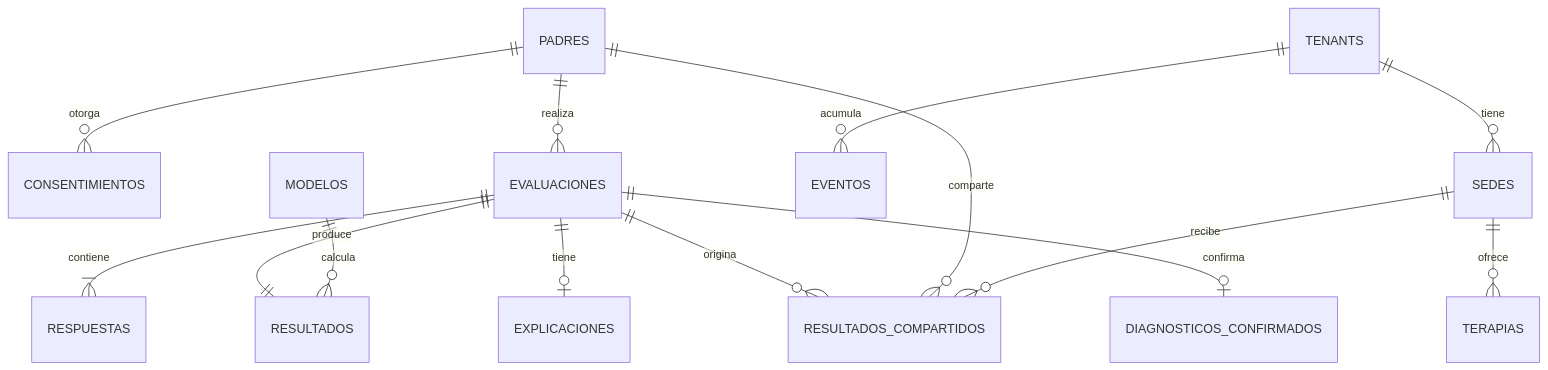
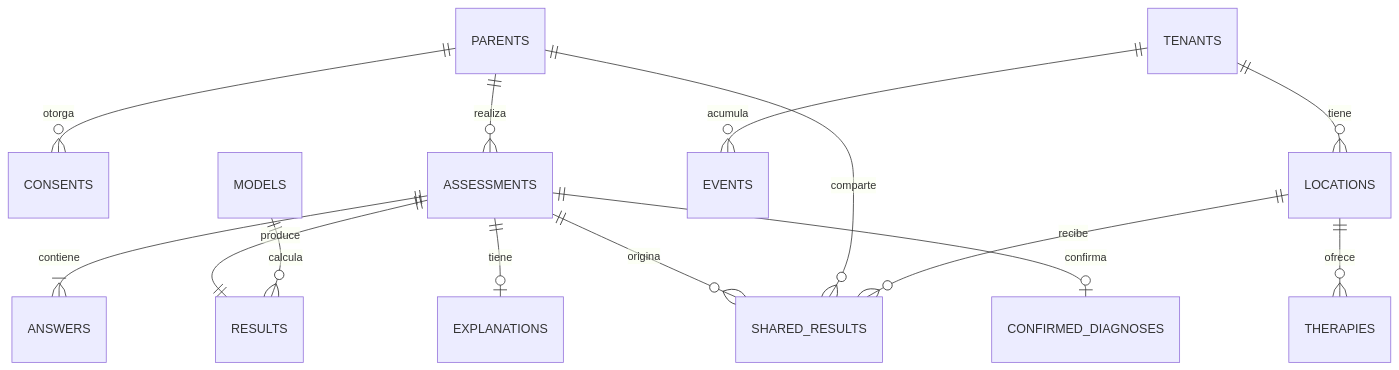
The second of 6 diagrams in docs/arquitectura_conecta.md (ErnestoSCL/neuroa-modelo-tamizaje), drawn with Mermaid before and after one commit. The commit also changed other lines of this file and 1 other file, not shown here.

````diff
--- a/docs/arquitectura_conecta.md
+++ b/docs/arquitectura_conecta.md
@@ -281,16 +283,16 @@
 ```mermaid
 erDiagram
-    PADRES ||--o{ CONSENTIMIENTOS : otorga
-    PADRES ||--o{ EVALUACIONES : realiza
-    EVALUACIONES ||--|{ RESPUESTAS : contiene
-    EVALUACIONES ||--|| RESULTADOS : produce
-    EVALUACIONES ||--o| EXPLICACIONES : tiene
-    EVALUACIONES ||--o{ RESULTADOS_COMPARTIDOS : origina
-    PADRES ||--o{ RESULTADOS_COMPARTIDOS : comparte
-    TENANTS ||--o{ SEDES : tiene
-    SEDES ||--o{ TERAPIAS : ofrece
-    SEDES ||--o{ RESULTADOS_COMPARTIDOS : recibe
-    TENANTS ||--o{ EVENTOS : acumula
-    EVALUACIONES ||--o| DIAGNOSTICOS_CONFIRMADOS : confirma
-    MODELOS ||--o{ RESULTADOS : calcula
+    PARENTS ||--o{ CONSENTS : otorga
+    PARENTS ||--o{ ASSESSMENTS : realiza
+    ASSESSMENTS ||--|{ ANSWERS : contiene
+    ASSESSMENTS ||--|| RESULTS : produce
+    ASSESSMENTS ||--o| EXPLANATIONS : tiene
+    ASSESSMENTS ||--o{ SHARED_RESULTS : origina
+    PARENTS ||--o{ SHARED_RESULTS : comparte
+    TENANTS ||--o{ LOCATIONS : tiene
+    LOCATIONS ||--o{ THERAPIES : ofrece
+    LOCATIONS ||--o{ SHARED_RESULTS : recibe
+    TENANTS ||--o{ EVENTS : acumula
+    ASSESSMENTS ||--o| CONFIRMED_DIAGNOSES : confirma
+    MODELS ||--o{ RESULTS : calcula
 ```
````
